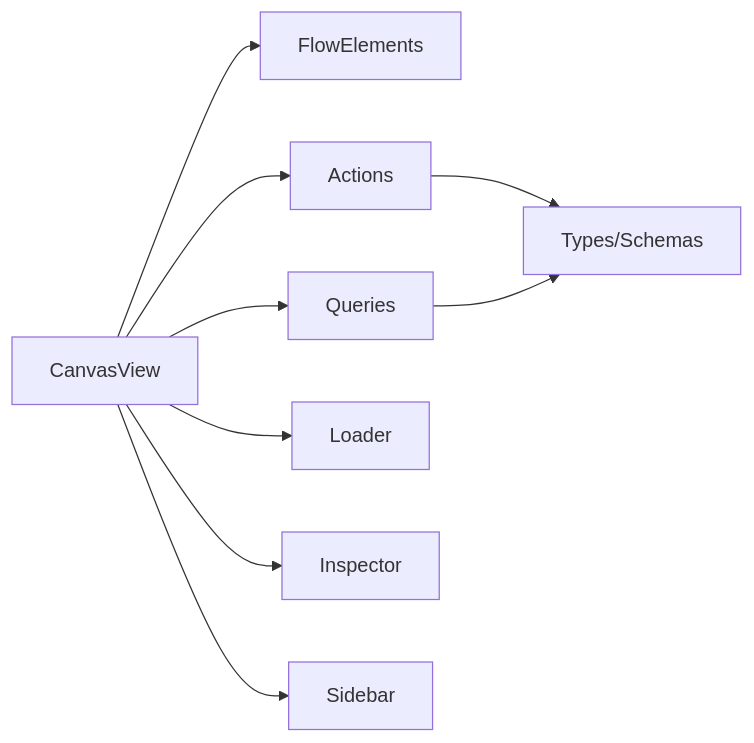
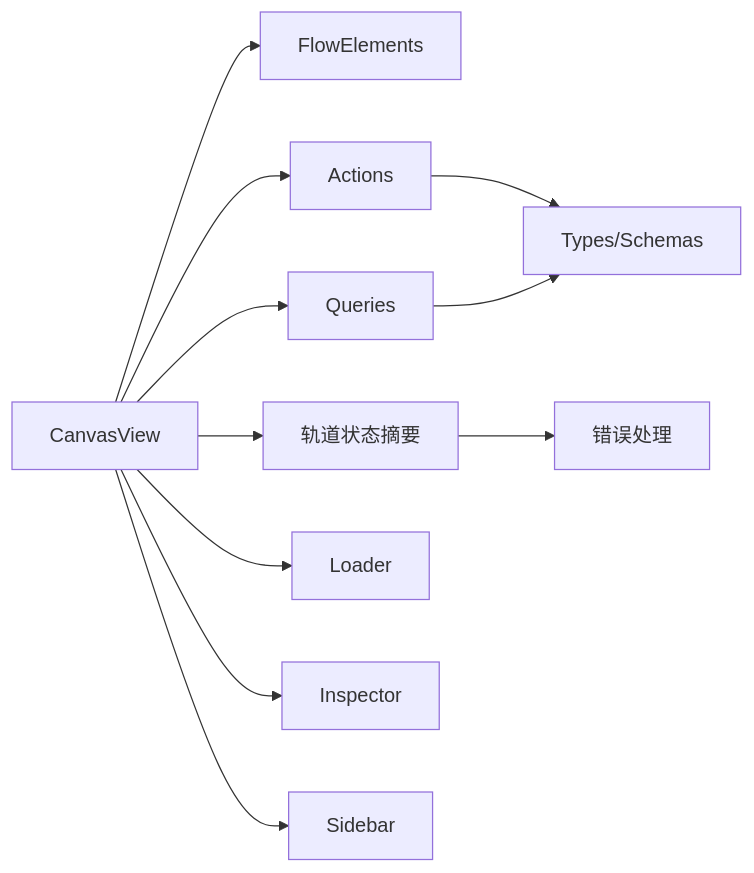
The third of 3 diagrams in .qoder/repowiki/zh/content/核心功能模块/画布编辑器/画布主视图.md (AIMFllyYS/code-video-canvas), drawn with Mermaid before and after one commit. The commit also changed other lines of this file and 31 other files, not shown here.

````diff
--- a/.qoder/repowiki/zh/content/核心功能模块/画布编辑器/画布主视图.md
+++ b/.qoder/repowiki/zh/content/核心功能模块/画布编辑器/画布主视图.md
@@ -199,11 +231,13 @@
 ```mermaid
 graph LR
 CV["CanvasView"] --> FE["FlowElements"]
 CV --> ACT["Actions"]
 CV --> QRY["Queries"]
+CV --> TSS["轨道状态摘要"]
 ACT --> TYP["Types/Schemas"]
 QRY --> TYP
 CV --> LDR["Loader"]
 CV --> INS["Inspector"]
 CV --> SID["Sidebar"]
+TSS --> ERR["错误处理"]
 ```
````
